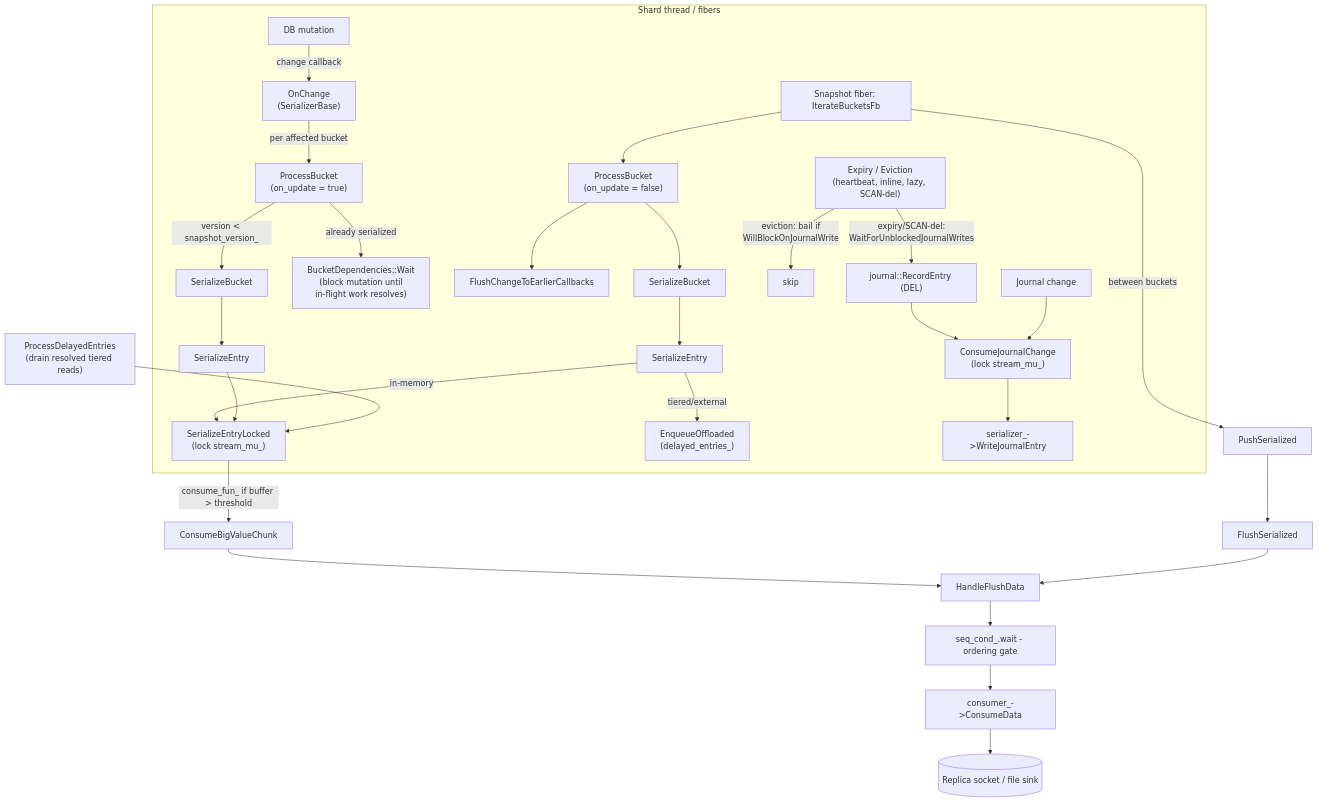
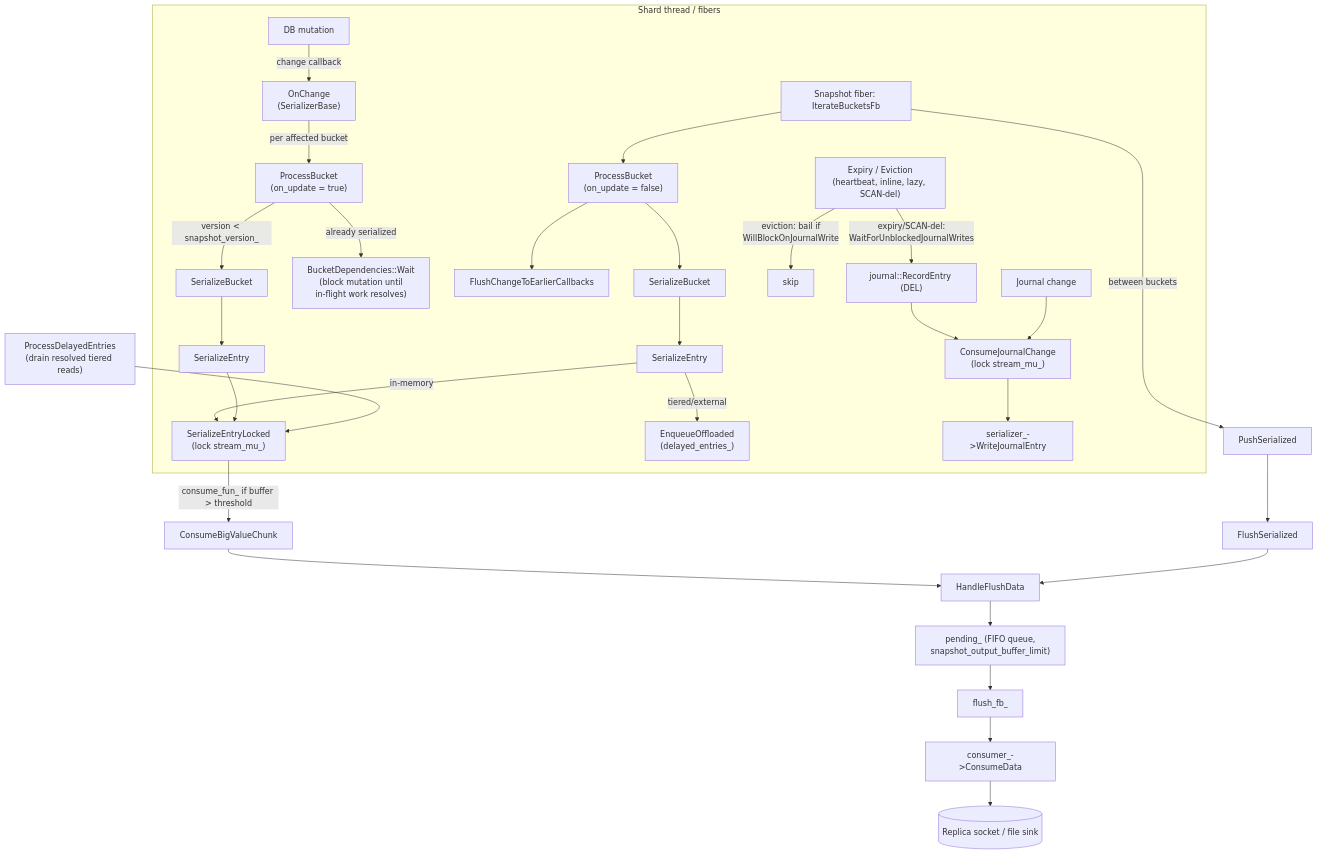
One commit to dragonflydb/dragonfly changed the first of 2 diagrams in docs/shard-serialization.md. Above: the diagram before and after it, drawn with Mermaid. The commit also changed other lines of this file and 5 other files, not shown here.

First line of the commit message:
feat(server): let mutation fibers hand snapshot chunks to a flush fiber instead of the sink

````diff
--- a/docs/shard-serialization.md
+++ b/docs/shard-serialization.md
@@ -53,39 +53,40 @@
 ```mermaid
 flowchart TD
   subgraph ShardThread[Shard thread / fibers]
     MUT[DB mutation] -->|change callback| ODC["OnChange<br/>(SerializerBase)"]
     ODC -->|per affected bucket| PB1["ProcessBucket<br/>(on_update = true)"]
     PB1 -->|version &lt; snapshot_version_| SBL1["SerializeBucket"]
     PB1 -->|already serialized| WAIT["BucketDependencies::Wait<br/>(block mutation until<br/>in-flight work resolves)"]
     SBL1 --> SE1["SerializeEntry"]
 
     TRAV["Snapshot fiber: IterateBucketsFb"] --> PB2["ProcessBucket<br/>(on_update = false)"]
     PB2 --> FCE["FlushChangeToEarlierCallbacks"]
     PB2 --> SBL2["SerializeBucket"]
     SBL2 --> SE2["SerializeEntry"]
 
     SE2 -->|in-memory| SAVE2["SerializeEntryLocked<br/>(lock stream_mu_)"]
     SE2 -->|tiered/external| ENQ["EnqueueOffloaded<br/>(delayed_entries_)"]
     SE1 --> SAVE2
 
     EXP["Expiry / Eviction<br/>(heartbeat, inline, lazy, SCAN-del)"]
     EXP -->|"eviction: bail if<br/>WillBlockOnJournalWrite"| SKIP[skip]
     EXP -->|"expiry/SCAN-del:<br/>WaitForUnblockedJournalWrites"| JRN_DIRECT["journal::RecordEntry (DEL)"]
     JRN_DIRECT --> CJC
 
     JRN[Journal change] --> CJC["ConsumeJournalChange<br/>(lock stream_mu_)"]
     CJC --> WJE["serializer_->WriteJournalEntry"]
   end
 
   SAVE2 -->|consume_fun_ if buffer &gt; threshold| CBC["ConsumeBigValueChunk"]
   CBC --> HFD[HandleFlushData]
 
   TRAV -->|between buckets| PS["PushSerialized"]
   PDE["ProcessDelayedEntries<br/>(drain resolved tiered reads)"] --> SAVE2
   PS --> FS[FlushSerialized]
   FS --> HFD
 
-  HFD --> SEQ["seq_cond_.wait - ordering gate"]
-  SEQ --> CD["consumer_->ConsumeData"]
+  HFD --> PQ["pending_ (FIFO queue,<br/>snapshot_output_buffer_limit)"]
+  PQ --> FFB["flush_fb_"]
+  FFB --> CD["consumer_->ConsumeData"]
   CD --> SINK[(Replica socket / file sink)]
 ```
````
